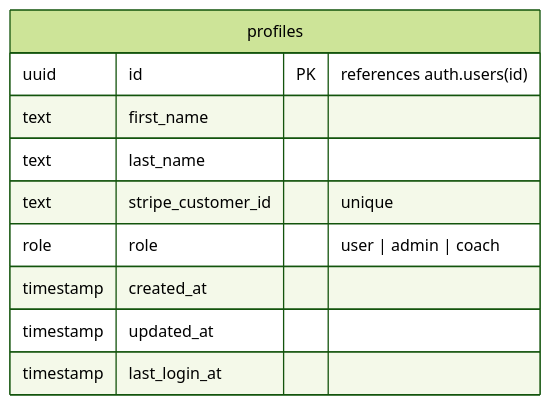
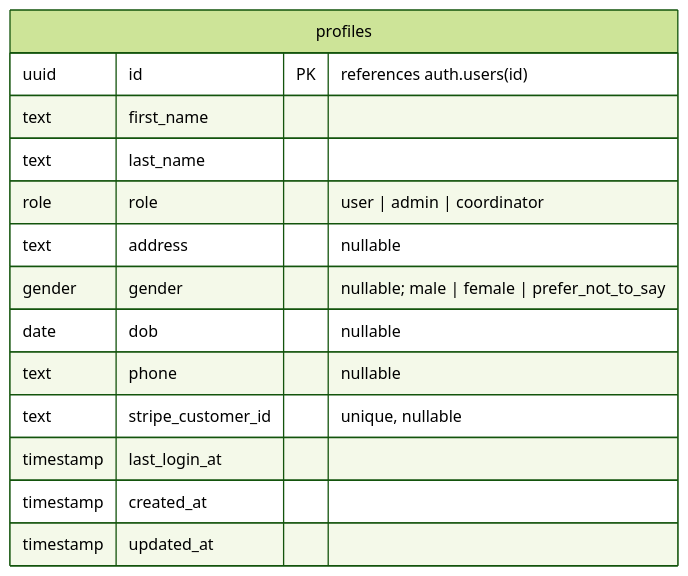
The diagram in docs/profiles.md (hack4impact/mcld-project), drawn with Mermaid (forest theme) before and after one commit. The commit also changed other lines of this file and 3 other files, not shown here.

````diff
--- a/docs/profiles.md
+++ b/docs/profiles.md
@@ -5,13 +5,17 @@
 ```mermaid
 erDiagram
     profiles {
         uuid id PK "references auth.users(id)"
         text first_name
         text last_name
-        text stripe_customer_id "unique"
-        role role "user | admin | coach"
+        role role "user | admin | coordinator"
+        text address "nullable"
+        gender gender "nullable; male | female | prefer_not_to_say"
+        date dob "nullable"
+        text phone "nullable"
+        text stripe_customer_id "unique, nullable"
+        timestamp last_login_at
         timestamp created_at
         timestamp updated_at
-        timestamp last_login_at
     }
 ```
````
